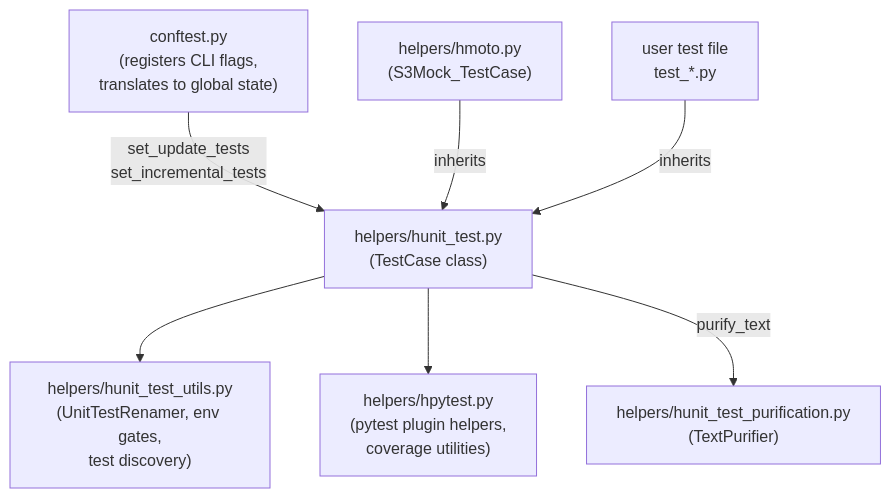
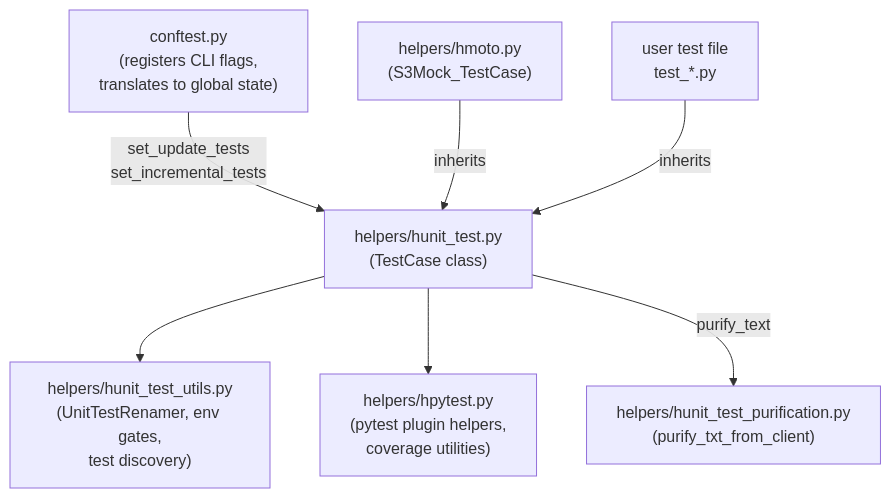
Before and after one commit to causify-ai/helpers: the first of 2 diagrams in helpers/test/docs/all.unit_test_framework.explanation.md, drawn with Mermaid. The commit also changed other lines of this file and 11 other files, not shown here.

````diff
--- a/helpers/test/docs/all.unit_test_framework.explanation.md
+++ b/helpers/test/docs/all.unit_test_framework.explanation.md
@@ -46,9 +46,9 @@
 ```mermaid
 graph TD
     conftest["conftest.py\n(registers CLI flags,\ntranslates to global state)"] -->|set_update_tests\nset_incremental_tests| hunit["helpers/hunit_test.py\n(TestCase class)"]
     hunit --> hunitutils["helpers/hunit_test_utils.py\n(UnitTestRenamer, env gates,\ntest discovery)"]
     hunit --> hpytest["helpers/hpytest.py\n(pytest plugin helpers,\ncoverage utilities)"]
-    hunit -->|purify_text| hpurify["helpers/hunit_test_purification.py\n(TextPurifier)"]
+    hunit -->|purify_text| hpurify["helpers/hunit_test_purification.py\n(purify_txt_from_client)"]
     hmoto["helpers/hmoto.py\n(S3Mock_TestCase)"] -->|inherits| hunit
     UserTest["user test file\ntest_*.py"] -->|inherits| hunit
 ```
````
